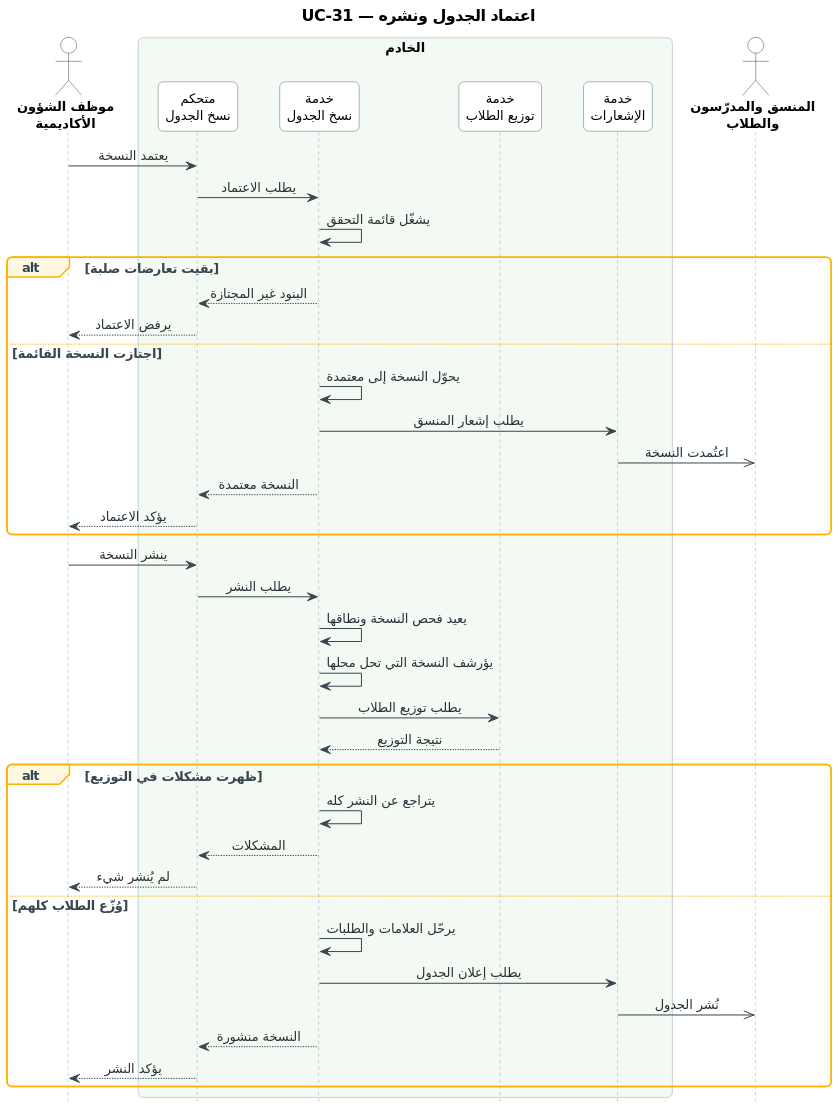
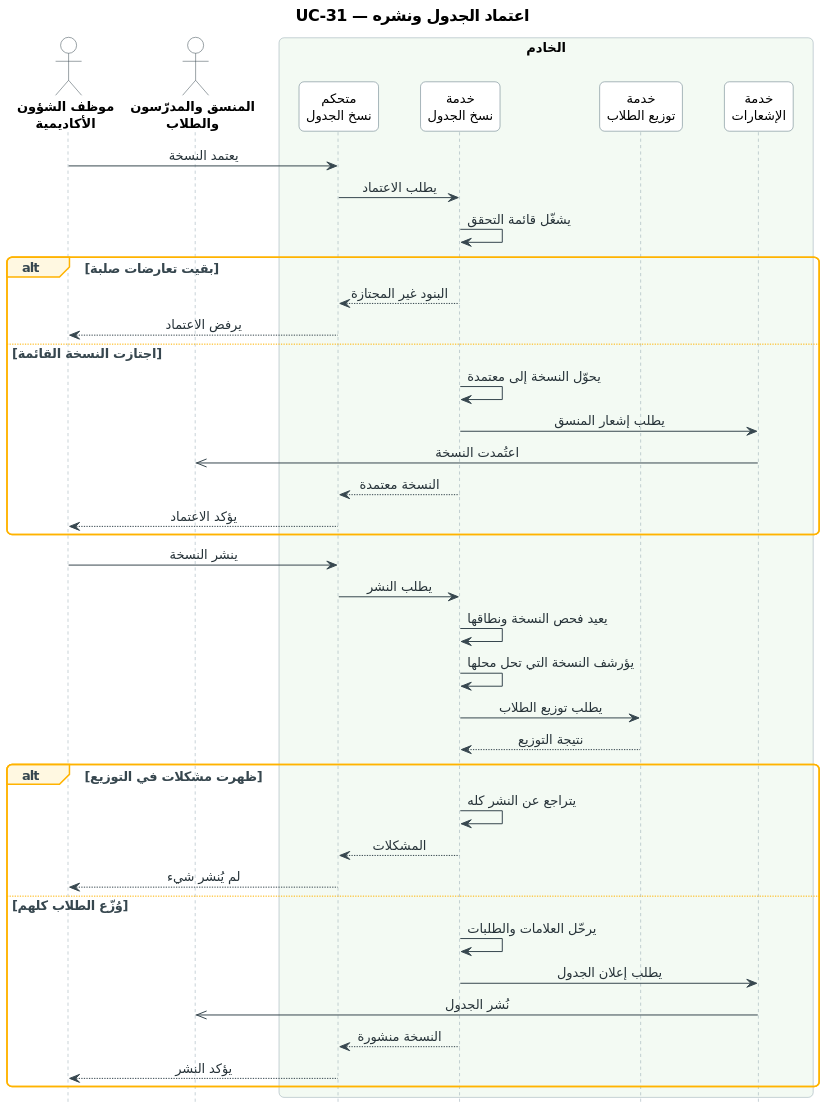
Before and after one commit to abdalkareemhegazy/OptiTime: the diagram in Files/Assets/UseCases/Sequence Diagram/New/Arabic/Src/UC-31_approve_publish_schedule.puml, drawn with PlantUML. The commit also changed other lines of this file and 24 other files, not shown here.

First line of the commit message:
OPT-11 Update main-case sequence diagrams

```diff
--- a/Files/Assets/UseCases/Sequence Diagram/New/Arabic/Src/UC-31_approve_publish_schedule.puml
+++ b/Files/Assets/UseCases/Sequence Diagram/New/Arabic/Src/UC-31_approve_publish_schedule.puml
@@ -1,73 +1,73 @@
 @startuml UC-31_approve_publish_schedule
 skinparam dpi 150
 ' ===== النمط الموحّد (مثل مخططات النشاط) =====
 skinparam defaultFontName Tahoma
 skinparam defaultFontSize 13
 skinparam shadowing false
 skinparam roundcorner 10
 skinparam ArrowColor #37474F
 skinparam ArrowFontColor #263238
 skinparam TitleFontSize 16
 skinparam TitleFontStyle bold
 skinparam ParticipantBackgroundColor #FFFFFF
 skinparam ParticipantBorderColor #546E7A
 skinparam ParticipantFontSize 13
 skinparam ActorBackgroundColor #FFFFFF
 skinparam ActorBorderColor #37474F
 skinparam ActorFontSize 13
 skinparam ActorFontStyle bold
 skinparam SequenceLifeLineBorderColor #90A4AE
 skinparam SequenceBoxBorderColor #90A4AE
 skinparam SequenceBoxFontSize 14
 skinparam SequenceBoxFontStyle bold
 skinparam SequenceGroupBorderColor #FFB300
 skinparam SequenceGroupBackgroundColor #FFF8E1
 skinparam SequenceGroupFontColor #37474F
 skinparam SequenceGroupHeaderFontColor #37474F
 skinparam sequenceMessageAlign center
 skinparam ParticipantPadding 16
 skinparam BoxPadding 12
 hide footbox
 ' ===== المخطط =====
 title UC-31 — اعتماد الجدول ونشره
 
 actor "موظف الشؤون\nالأكاديمية" as U
+actor "المنسق والمدرّسون\nوالطلاب" as R
 box "الخادم" #F3FAF3
   participant "متحكم\nنسخ الجدول" as VC
   participant "خدمة\nنسخ الجدول" as VS
   participant "خدمة\nتوزيع الطلاب" as SS
   participant "خدمة\nالإشعارات" as NS
 end box
-actor "المنسق والمدرّسون\nوالطلاب" as R
 
 U -> VC : يعتمد النسخة
 VC -> VS : يطلب الاعتماد
 VS -> VS : يشغّل قائمة التحقق
 alt بقيت تعارضات صلبة
   VS --> VC : البنود غير المجتازة
   VC --> U : يرفض الاعتماد
 else اجتازت النسخة القائمة
   VS -> VS : يحوّل النسخة إلى معتمدة
   VS -> NS : يطلب إشعار المنسق
   NS ->> R : اعتُمدت النسخة
   VS --> VC : النسخة معتمدة
   VC --> U : يؤكد الاعتماد
 end
 U -> VC : ينشر النسخة
 VC -> VS : يطلب النشر
 VS -> VS : يعيد فحص النسخة ونطاقها
 VS -> VS : يؤرشف النسخة التي تحل محلها
 VS -> SS : يطلب توزيع الطلاب
 SS --> VS : نتيجة التوزيع
 alt ظهرت مشكلات في التوزيع
   VS -> VS : يتراجع عن النشر كله
   VS --> VC : المشكلات
   VC --> U : لم يُنشر شيء
 else وُزّع الطلاب كلهم
   VS -> VS : يرحّل العلامات والطلبات
   VS -> NS : يطلب إعلان الجدول
   NS ->> R : نُشر الجدول
   VS --> VC : النسخة منشورة
   VC --> U : يؤكد النشر
 end
 @enduml
```
